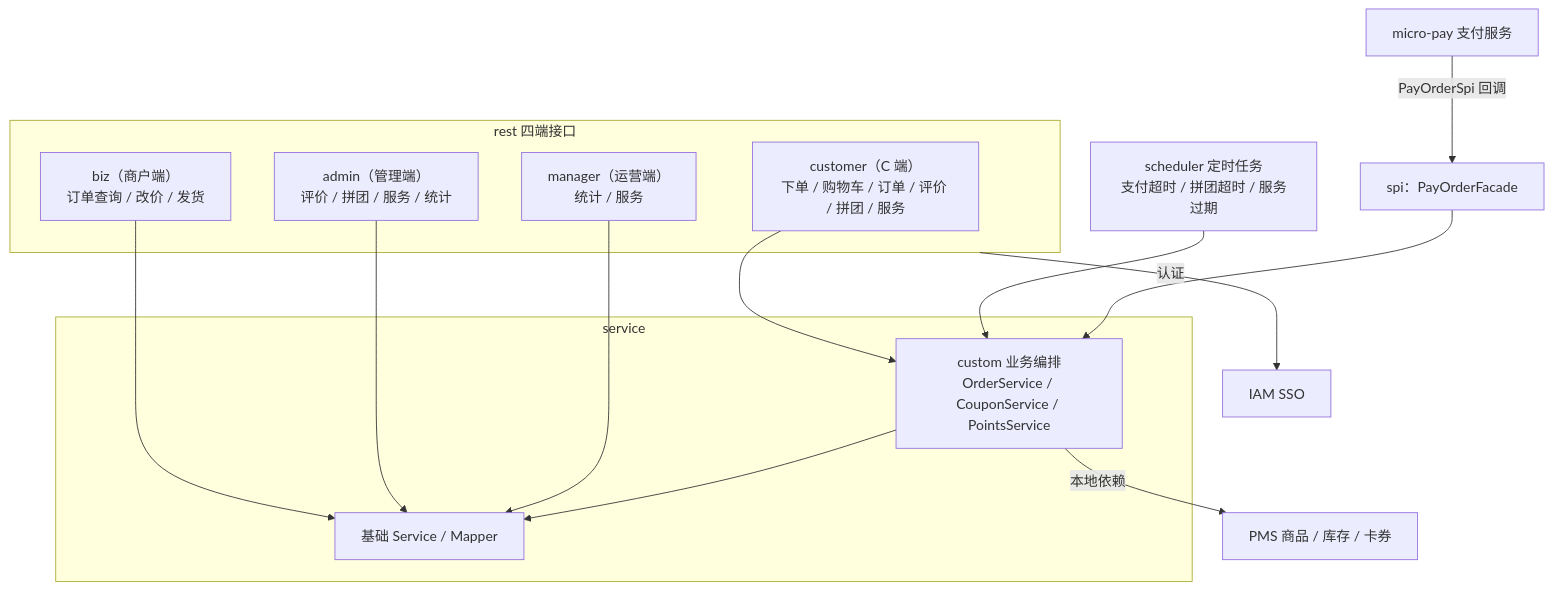
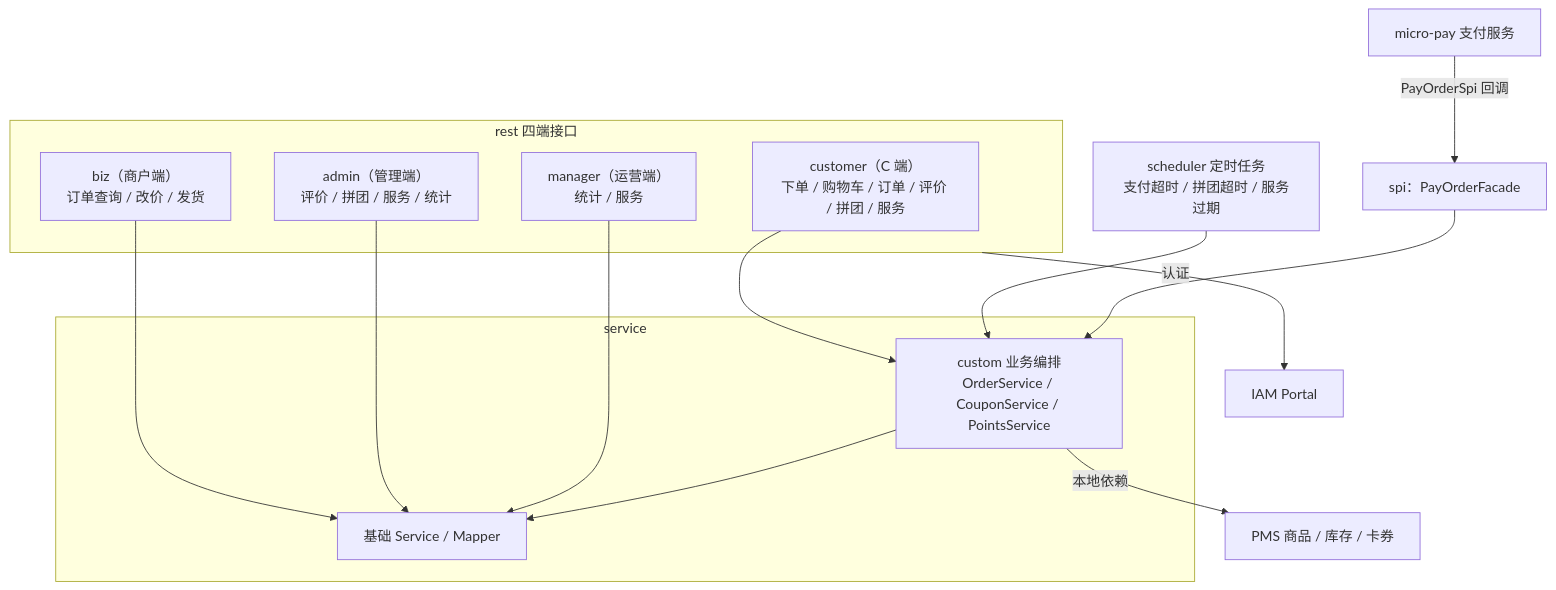
Before and after one commit to shrimp-group/sh-doc: the first of 2 diagrams in docs/mall/oms.md, drawn with Mermaid. The commit also changed other lines of this file and 11 other files, not shown here.

````diff
--- a/docs/mall/oms.md
+++ b/docs/mall/oms.md
@@ -25,26 +25,26 @@
 ```mermaid
 flowchart TB
     subgraph rest["rest 四端接口"]
         customer["customer（C 端）<br/>下单 / 购物车 / 订单 / 评价 / 拼团 / 服务"]
         biz["biz（商户端）<br/>订单查询 / 改价 / 发货"]
         admin["admin（管理端）<br/>评价 / 拼团 / 服务 / 统计"]
         manager["manager（运营端）<br/>统计 / 服务"]
     end
     subgraph service["service"]
         custom["custom 业务编排<br/>OrderService / CouponService / PointsService"]
         crud["基础 Service / Mapper"]
     end
     spi["spi：PayOrderFacade"]
     scheduler["scheduler 定时任务<br/>支付超时 / 拼团超时 / 服务过期"]
 
     customer --> custom
     biz --> crud
     admin --> crud
     manager --> crud
     custom --> crud
     scheduler --> custom
     spi --> custom
     pay["micro-pay 支付服务"] -- "PayOrderSpi 回调" --> spi
     custom -- "本地依赖" --> pms["PMS 商品 / 库存 / 卡券"]
-    rest -- "认证" --> iam["IAM SSO"]
+    rest -- "认证" --> iam["IAM Portal"]
 ```
````
